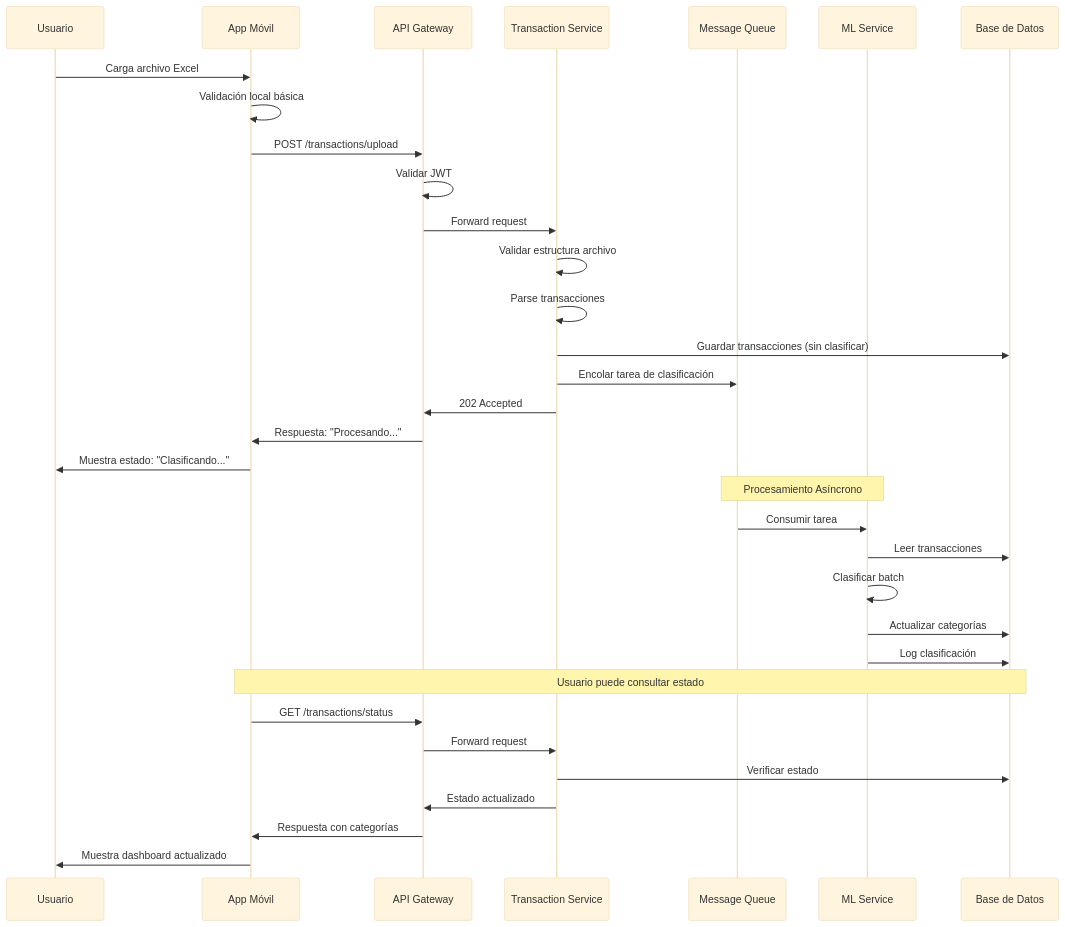
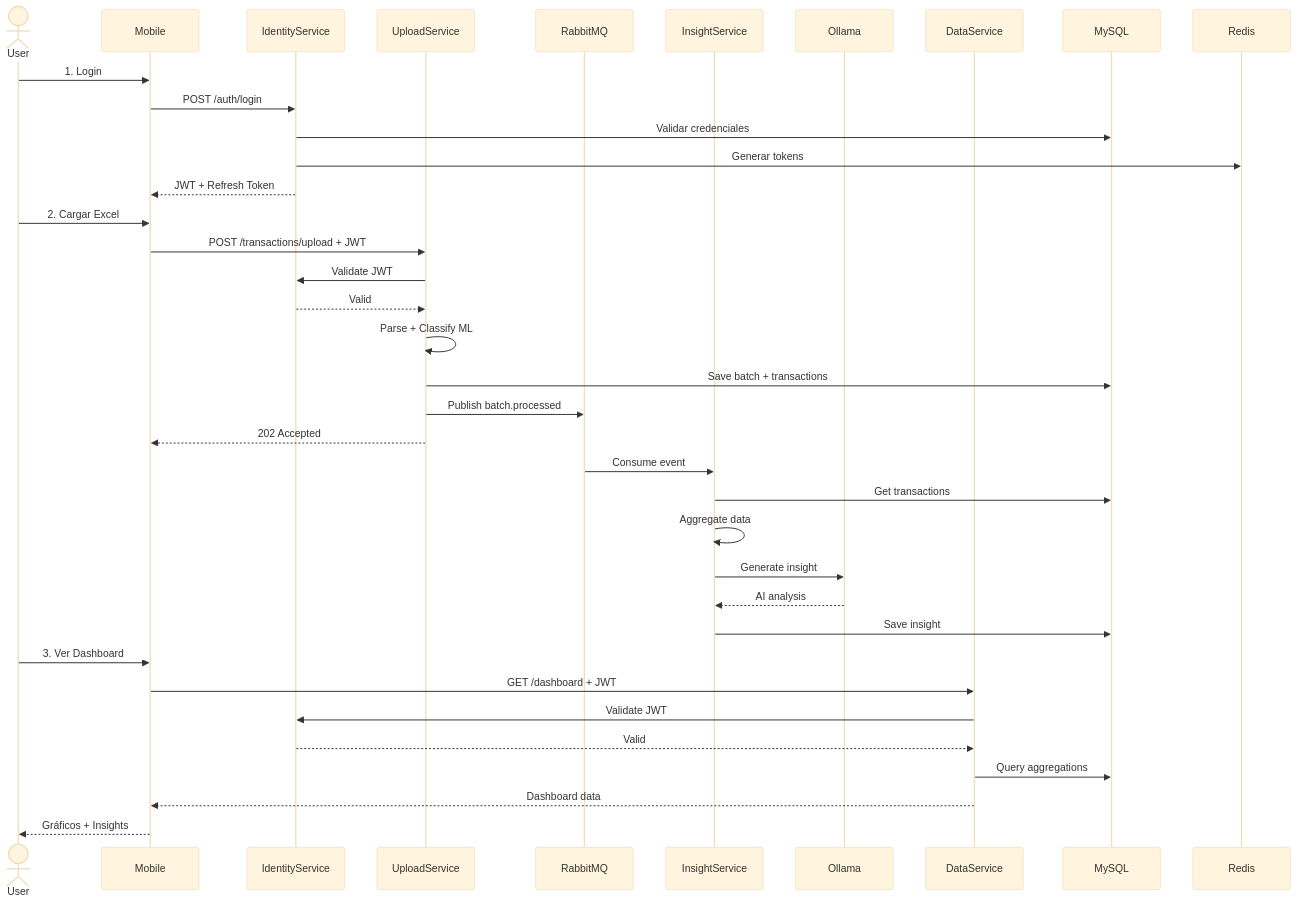
The third of 4 diagrams in ADD/ADD_iter1.md (Pliperkiller/Flowlite-Personal-Finance), drawn with Mermaid (base theme) before and after one commit. The commit also changed other lines of this file and 6 other files, not shown here.

````diff
--- a/ADD/ADD_iter1.md
+++ b/ADD/ADD_iter1.md
@@ -576,40 +640,42 @@
 ```mermaid
 sequenceDiagram
-    participant U as Usuario
-    participant M as App Móvil
-    participant G as API Gateway
-    participant T as Transaction Service
-    participant Q as Message Queue
-    participant ML as ML Service
-    participant DB as Base de Datos
-    
-    U->>M: Carga archivo Excel
-    M->>M: Validación local básica
-    M->>G: POST /transactions/upload
-    G->>G: Validar JWT
-    G->>T: Forward request
-    T->>T: Validar estructura archivo
-    T->>T: Parse transacciones
-    T->>DB: Guardar transacciones (sin clasificar)
-    T->>Q: Encolar tarea de clasificación
-    T->>G: 202 Accepted
-    G->>M: Respuesta: "Procesando..."
-    M->>U: Muestra estado: "Clasificando..."
-    
-    Note over Q,ML: Procesamiento Asíncrono
-    
-    Q->>ML: Consumir tarea
-    ML->>DB: Leer transacciones
-    ML->>ML: Clasificar batch
-    ML->>DB: Actualizar categorías
-    ML->>DB: Log clasificación
-    
-    Note over M,DB: Usuario puede consultar estado
-    
-    M->>G: GET /transactions/status
-    G->>T: Forward request
-    T->>DB: Verificar estado
-    T->>G: Estado actualizado
-    G->>M: Respuesta con categorías
-    M->>U: Muestra dashboard actualizado
+    actor User
+    participant Mobile
+    participant IS as IdentityService
+    participant US as UploadService
+    participant MQ as RabbitMQ
+    participant InsS as InsightService
+    participant Ollama
+    participant DS as DataService
+    participant DB as MySQL
+
+    User->>Mobile: 1. Login
+    Mobile->>IS: POST /auth/login
+    IS->>DB: Validar credenciales
+    IS->>Redis: Generar tokens
+    IS-->>Mobile: JWT + Refresh Token
+
+    User->>Mobile: 2. Cargar Excel
+    Mobile->>US: POST /transactions/upload + JWT
+    US->>IS: Validate JWT
+    IS-->>US: Valid
+    US->>US: Parse + Classify ML
+    US->>DB: Save batch + transactions
+    US->>MQ: Publish batch.processed
+    US-->>Mobile: 202 Accepted
+
+    MQ->>InsS: Consume event
+    InsS->>DB: Get transactions
+    InsS->>InsS: Aggregate data
+    InsS->>Ollama: Generate insight
+    Ollama-->>InsS: AI analysis
+    InsS->>DB: Save insight
+
+    User->>Mobile: 3. Ver Dashboard
+    Mobile->>DS: GET /dashboard + JWT
+    DS->>IS: Validate JWT
+    IS-->>DS: Valid
+    DS->>DB: Query aggregations
+    DS-->>Mobile: Dashboard data
+    Mobile-->>User: Gráficos + Insights
 ```
````
